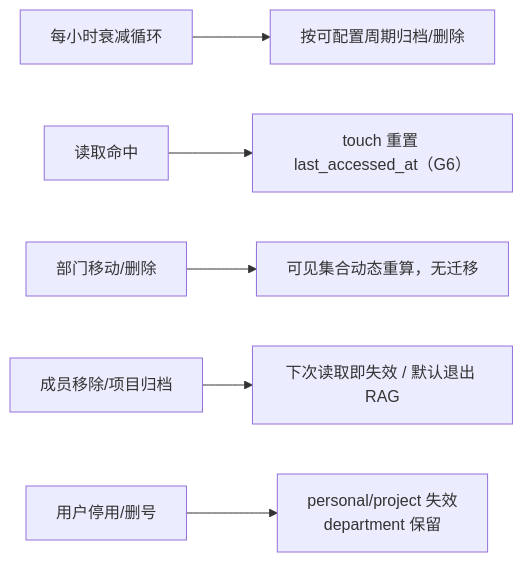
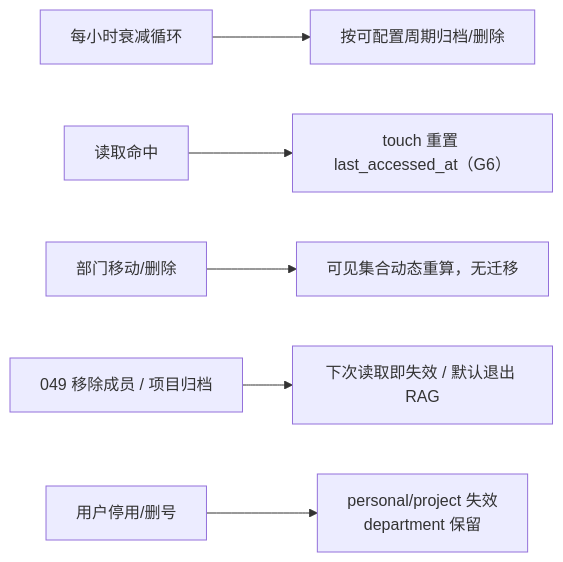
One commit to cooper2006/mogo changed the fourth of 5 diagrams in specs/017-three-scope-memory/design-2026-11-05-project-department-scopes.md. Above: the diagram before and after it, drawn with Mermaid. The commit also changed other lines of this file and 2 other files, not shown here.

````diff
--- a/specs/017-three-scope-memory/design-2026-11-05-project-department-scopes.md
+++ b/specs/017-three-scope-memory/design-2026-11-05-project-department-scopes.md
@@ -383,8 +484,8 @@
 ```mermaid
 flowchart LR
   A["每小时衰减循环"] --> B["按可配置周期归档/删除"]
   C["读取命中"] --> D["touch 重置 last_accessed_at（G6）"]
   E["部门移动/删除"] --> F["可见集合动态重算，无迁移"]
-  G["成员移除/项目归档"] --> H["下次读取即失效 / 默认退出 RAG"]
+  G["049 移除成员 / 项目归档"] --> H["下次读取即失效 / 默认退出 RAG"]
   I["用户停用/删号"] --> J["personal/project 失效<br/>department 保留"]
 ```
````
